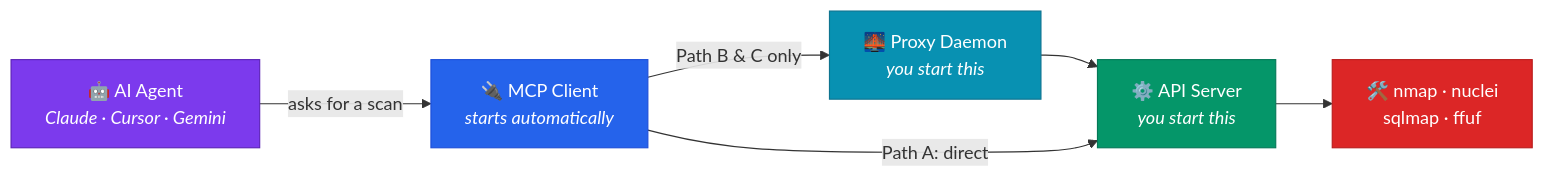
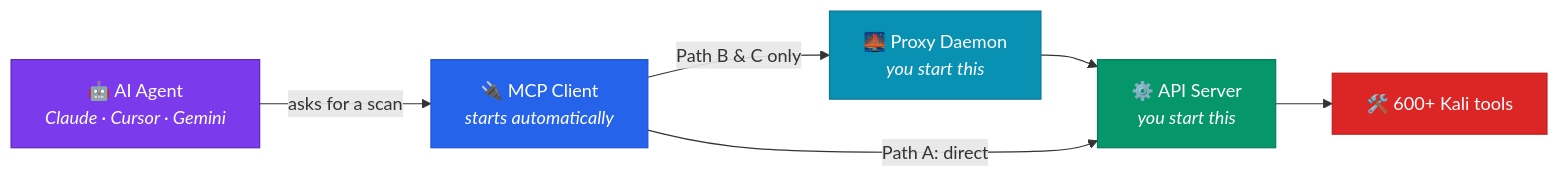
One commit to Red-Snow/phantomstrike changed the diagram in README.md. Above: the diagram before and after it, drawn with Mermaid. The commit also changed other lines of this file, not shown here.

````diff
--- a/README.md
+++ b/README.md
@@ -108,14 +109,14 @@
 ```mermaid
 flowchart LR
     A["🤖 AI Agent<br/><i>Claude · Cursor · Gemini</i>"] -->|asks for a scan| B["🔌 MCP Client<br/><i>starts automatically</i>"]
     B -->|Path B & C only| C["🌉 Proxy Daemon<br/><i>you start this</i>"]
     C --> D["⚙️ API Server<br/><i>you start this</i>"]
     B -->|Path A: direct| D
-    D --> E["🛠️ nmap · nuclei<br/>sqlmap · ffuf"]
+    D --> E["🛠️ 600+ Kali tools"]
 
     style A fill:#7C3AED,stroke:#5B21B6,color:#fff
     style B fill:#2563EB,stroke:#1D4ED8,color:#fff
     style C fill:#0891B2,stroke:#0E7490,color:#fff
     style D fill:#059669,stroke:#047857,color:#fff
     style E fill:#DC2626,stroke:#B91C1C,color:#fff
 ```
````
